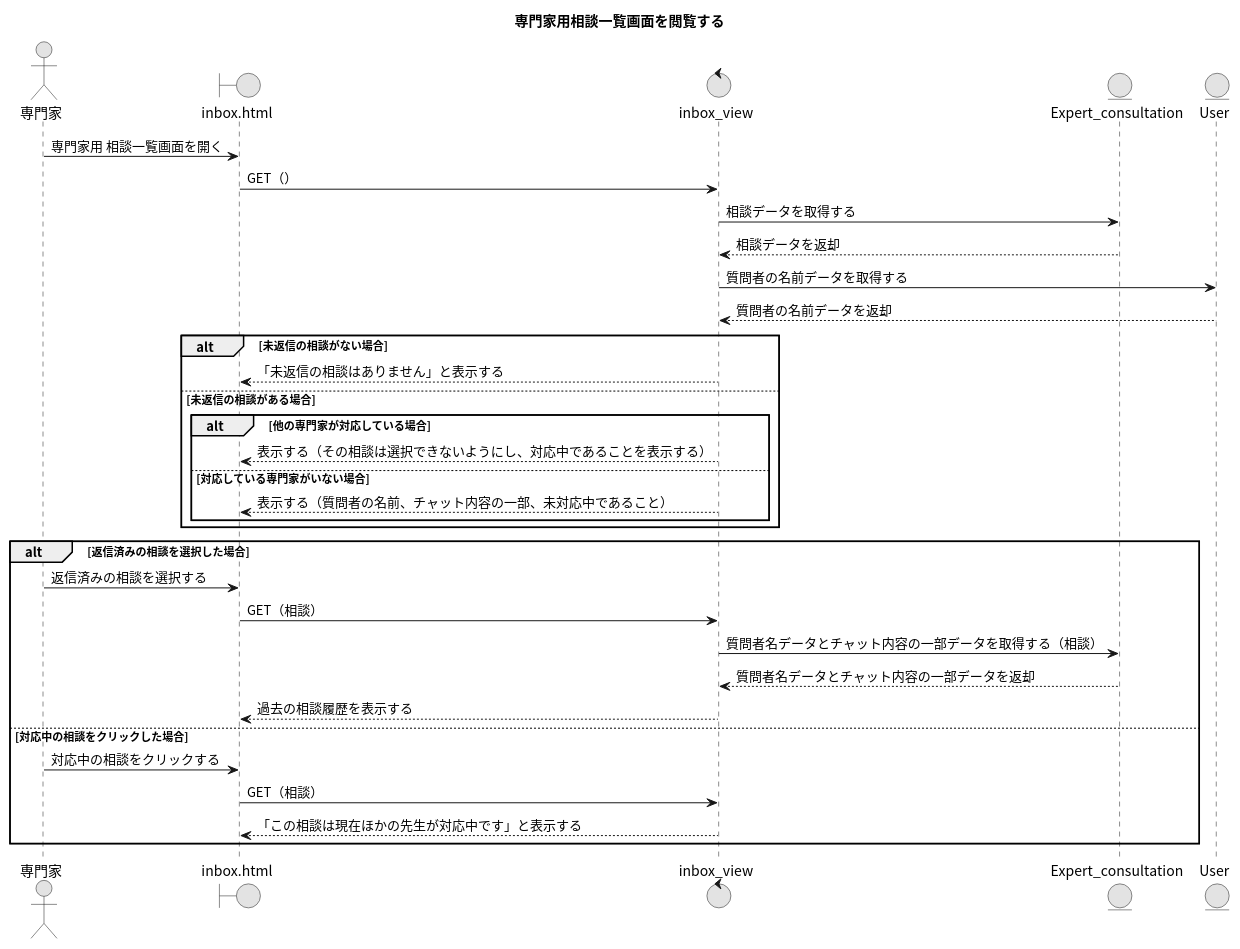
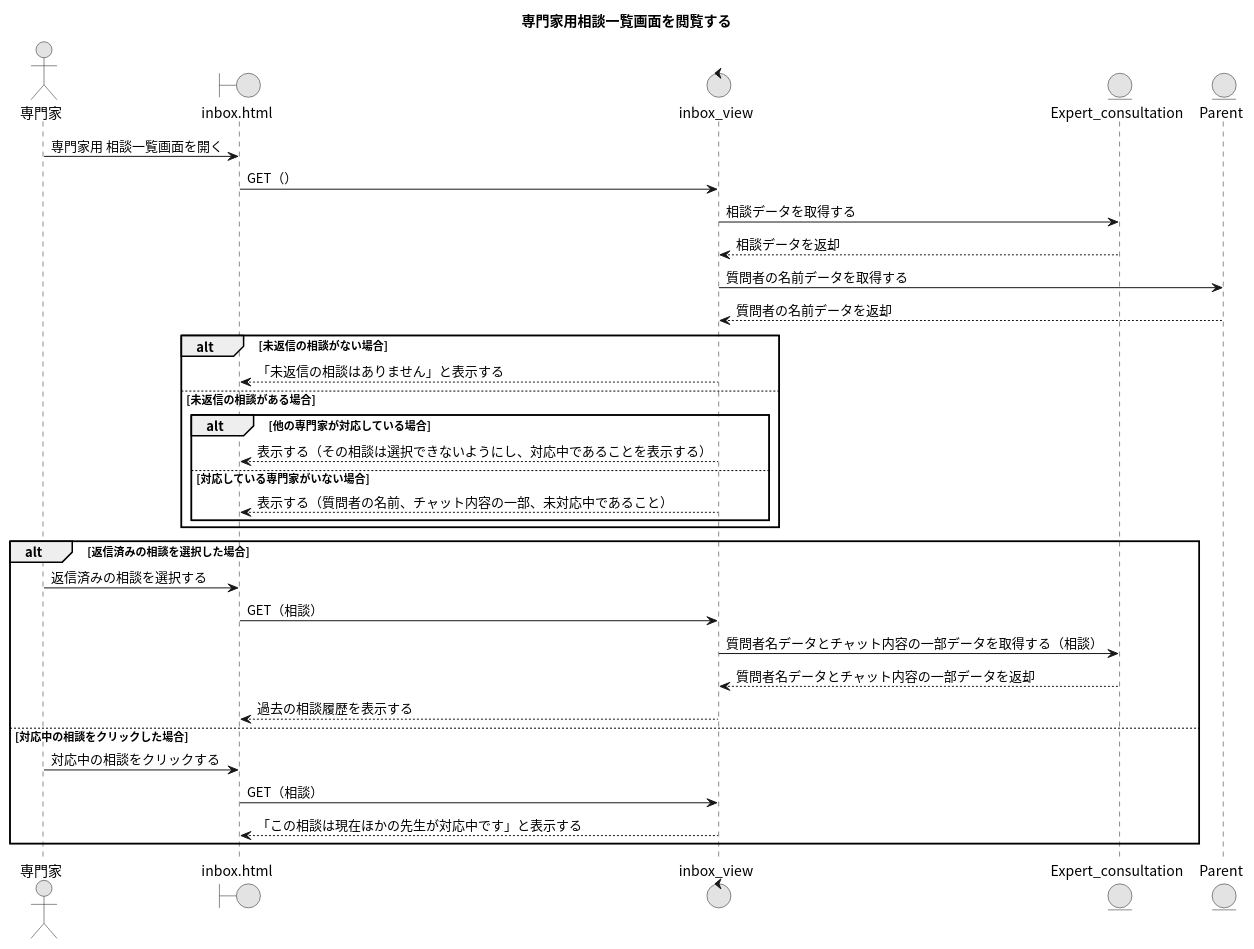
The diagram in 11_専門家用相談一覧画面を閲覧する.puml (Ma2naga190330/26_sotugyou_puml), drawn with PlantUML before and after one commit. The commit also changed 13 other files, not shown here.

```diff
--- a/11_専門家用相談一覧画面を閲覧する.puml
+++ b/11_専門家用相談一覧画面を閲覧する.puml
@@ -1,40 +1,40 @@
 @startuml
 title 専門家用相談一覧画面を閲覧する
 skinparam defaultFontName "Noto Sans CJK JP"
 skinparam monochrome true
 
 actor "専門家" as A
 boundary "inbox.html" as IBP
 control "inbox_view" as IBV
 entity "Expert_consultation" as ECSM
-entity "User" as UM
+entity "Parent" as UM
 
 ' 最初の画面表示（起点の操作は記述にない）
 A -> IBP : 専門家用 相談一覧画面を開く
 IBP -> IBV : GET（）
 IBV -> ECSM : 相談データを取得する
 IBV <-- ECSM : 相談データを返却
 IBV -> UM : 質問者の名前データを取得する
 IBV <-- UM : 質問者の名前データを返却
 alt 未返信の相談がない場合
   IBV --> IBP : 「未返信の相談はありません」と表示する
 else 未返信の相談がある場合
   alt 他の専門家が対応している場合
     IBV --> IBP : 表示する（その相談は選択できないようにし、対応中であることを表示する）
   else 対応している専門家がいない場合
     IBV --> IBP : 表示する（質問者の名前、チャット内容の一部、未対応中であること）
   end
 end
 
 alt 返信済みの相談を選択した場合
   A -> IBP : 返信済みの相談を選択する
   IBP -> IBV : GET（相談）
   IBV -> ECSM : 質問者名データとチャット内容の一部データを取得する（相談）
   IBV <-- ECSM : 質問者名データとチャット内容の一部データを返却
   IBV --> IBP : 過去の相談履歴を表示する
 else 対応中の相談をクリックした場合
   A -> IBP : 対応中の相談をクリックする
   IBP -> IBV : GET（相談）
   IBV --> IBP : 「この相談は現在ほかの先生が対応中です」と表示する
 end
 @enduml
```
